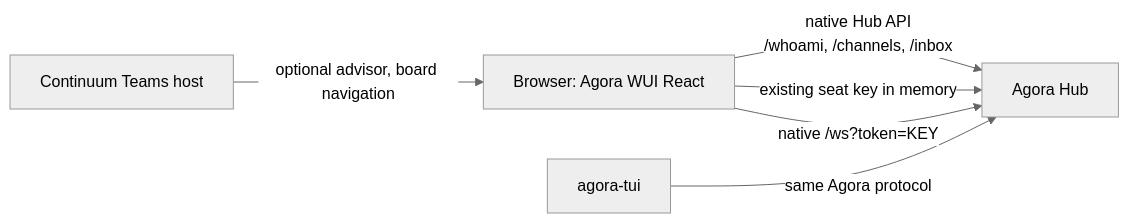
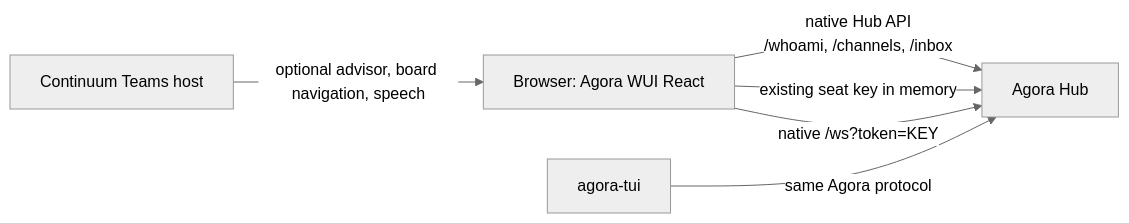
The diagram in docs/architecture.md (lpalbou/AgoraWUI), drawn with Mermaid (neutral theme) before and after one commit. The commit also changed other lines of this file and 6 other files, not shown here.

````diff
--- a/docs/architecture.md
+++ b/docs/architecture.md
@@ -5,8 +5,8 @@
 ```mermaid
 flowchart LR
   Browser[Browser: Agora WUI React] -->|native Hub API\n/whoami, /channels, /inbox| Hub[Agora Hub]
   Browser -->|existing seat key in memory| Hub
   Browser -->|native /ws?token=KEY| Hub
   TUI[agora-tui] -->|same Agora protocol| Hub
-  Continuum[Continuum Teams host] -->|optional advisor, board navigation| Browser
+  Continuum[Continuum Teams host] -->|optional advisor, board navigation, speech| Browser
 ```
````
